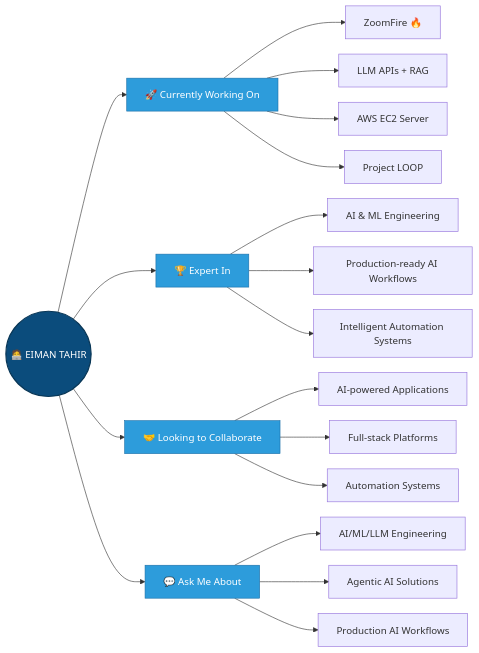
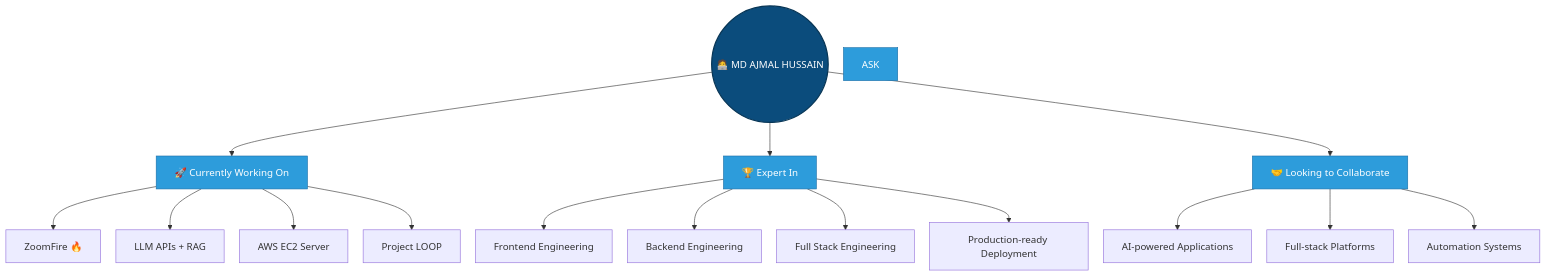
Before and after one commit to AjmalGit25/AjmalGit25: the diagram in README.md, drawn with Mermaid.

Commit message:
Revise flowchart to update name and skills
Updated the flowchart in README.md to reflect changes in expertise and current projects.

````diff
--- a/README.md
+++ b/README.md
@@ -124,32 +124,28 @@
 ```mermaid
 %%{init: {"flowchart": {"nodeSpacing": 25, "rankSpacing": 55}}}%%
-flowchart LR
-    ME(("🧑‍💻 EIMAN TAHIR"))
+flowchart TD
+    ME(("🧑‍💻 MD AJMAL HUSSAIN"))
 
     ME --> CW["🚀 Currently Working On"]
     CW --> CW1["ZoomFire 🔥"]
     CW --> CW2["LLM APIs + RAG"]
     CW --> CW3["AWS EC2 Server"]
     CW --> CW4["Project LOOP"]
 
     ME --> EX["🏆 Expert In"]
-    EX --> EX1["AI & ML Engineering"]
-    EX --> EX2["Production-ready AI Workflows"]
-    EX --> EX3["Intelligent Automation Systems"]
+    EX --> EX1["Frontend Engineering"]
+    EX --> EX2["Backend Engineering"]
+    EX --> EX3["Full Stack Engineering"]
+    EX --> EX4["Production-ready Deployment"]
 
     ME --> COL["🤝 Looking to Collaborate"]
     COL --> COL1["AI-powered Applications"]
     COL --> COL2["Full-stack Platforms"]
     COL --> COL3["Automation Systems"]
-
-    ME --> ASK["💬 Ask Me About"]
-    ASK --> ASK1["AI/ML/LLM Engineering"]
-    ASK --> ASK2["Agentic AI Solutions"]
-    ASK --> ASK3["Production AI Workflows"]
 
     style ME fill:#0B4C7C,stroke:#083656,stroke-width:2px,color:#fff
     style CW fill:#2D9CDB,stroke:#1B6FA8,color:#fff
     style EX fill:#2D9CDB,stroke:#1B6FA8,color:#fff
     style COL fill:#2D9CDB,stroke:#1B6FA8,color:#fff
     style ASK fill:#2D9CDB,stroke:#1B6FA8,color:#fff
 ```
````
